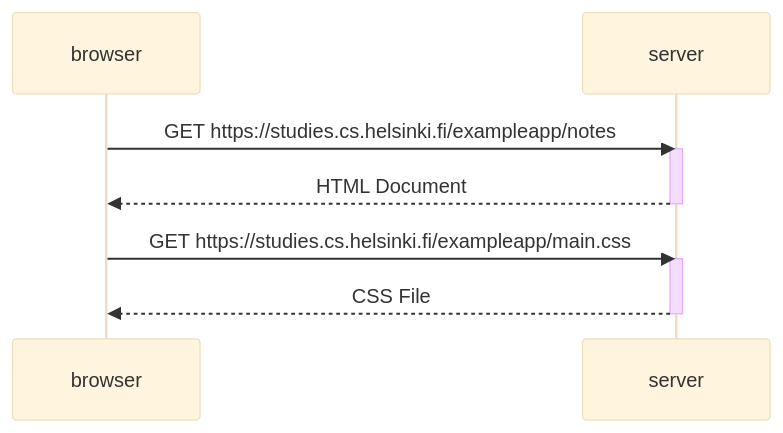
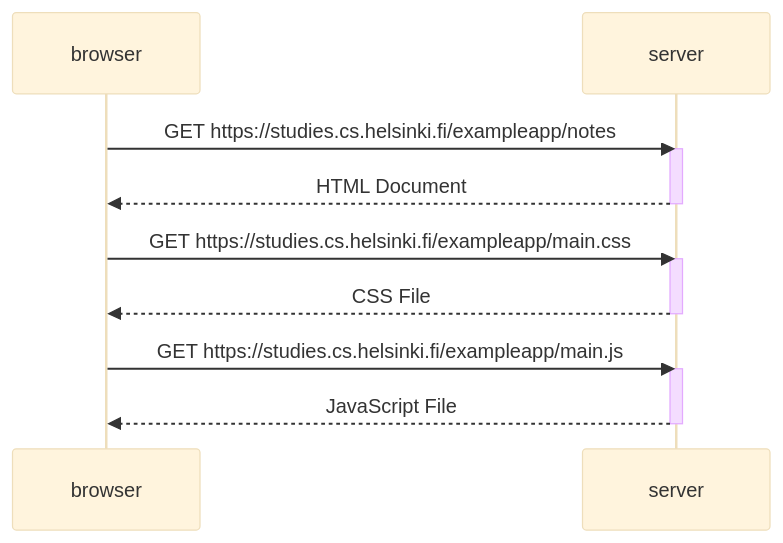
One commit to valtteriper/FullstackOpen changed the diagram in part_0_4.md. Above: the diagram before and after it, drawn with Mermaid (base theme).

````diff
--- a/part_0_4.md
+++ b/part_0_4.md
@@ -1,16 +1,21 @@
 ```mermaid
 sequenceDiagram
     participant browser
     participant server
     
     browser->>server: GET https://studies.cs.helsinki.fi/exampleapp/notes
     activate server
     server-->>browser: HTML Document
     deactivate server
 
     browser->>server: GET https://studies.cs.helsinki.fi/exampleapp/main.css
     activate server
     server-->>browser: CSS File
     deactivate server
 
+    browser->>server: GET https://studies.cs.helsinki.fi/exampleapp/main.js
+    activate server
+    server-->>browser: JavaScript File
+    deactivate server
+
 ```
````
